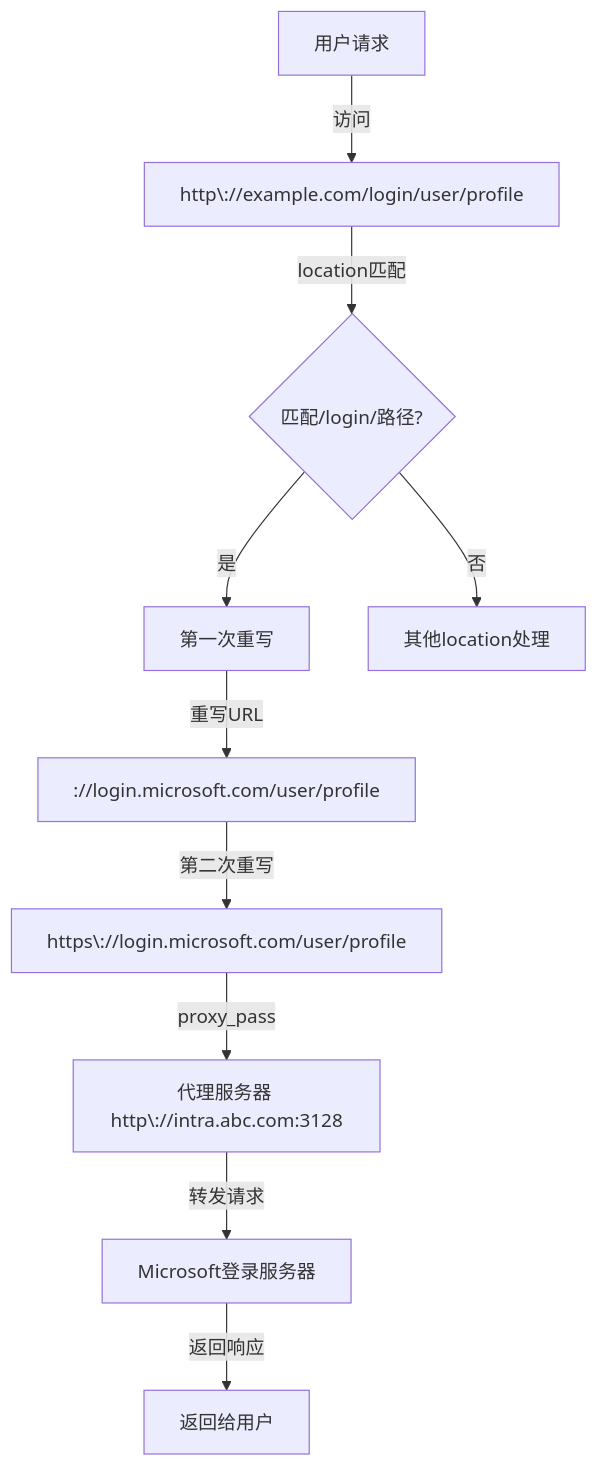
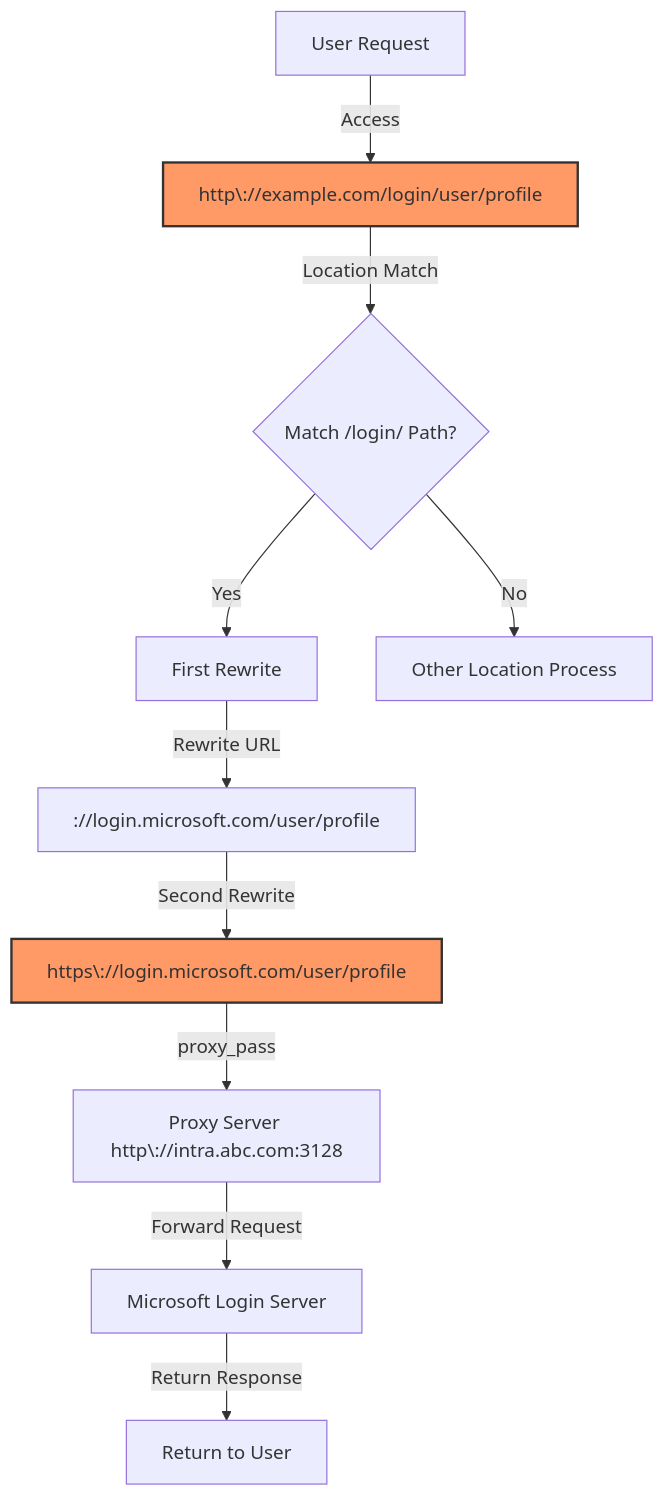
The third of 11 diagrams in nginx/nginx-proxy-pass.md (aibangjuxin/knowledge), drawn with Mermaid before and after one commit. The commit also changed other lines of this file and 5 other files, not shown here.

````diff
--- a/nginx/nginx-proxy-pass.md
+++ b/nginx/nginx-proxy-pass.md
@@ -100,12 +127,15 @@
 ```mermaid
 flowchart TD
-    A[用户请求] -->|访问| B[http\://example.com/login/user/profile]
-    B -->|location匹配| C{匹配/login/路径?}
-    C -->|是| D[第一次重写]
-    C -->|否| Z[其他location处理]
-    D -->|重写URL| E[://login.microsoft.com/user/profile]
-    E -->|第二次重写| F[https\://login.microsoft.com/user/profile]
-    F -->|proxy_pass| G[代理服务器 http\://intra.abc.com:3128]
-    G -->|转发请求| H[Microsoft登录服务器]
-    H -->|返回响应| I[返回给用户]
+    A[User Request] -->|Access| B[http\://example.com/login/user/profile]
+    B -->|Location Match| C{Match /login/ Path?}
+    C -->|Yes| D[First Rewrite]
+    C -->|No| Z[Other Location Process]
+    D -->|Rewrite URL| E[://login.microsoft.com/user/profile]
+    E -->|Second Rewrite| F[https\://login.microsoft.com/user/profile]
+    F -->|proxy_pass| G[Proxy Server http\://intra.abc.com:3128]
+    G -->|Forward Request| H[Microsoft Login Server]
+    H -->|Return Response| I[Return to User]
+
+    style B fill:#f96,stroke:#333,stroke-width:2px
+    style F fill:#f96,stroke:#333,stroke-width:2px
 ```
````
